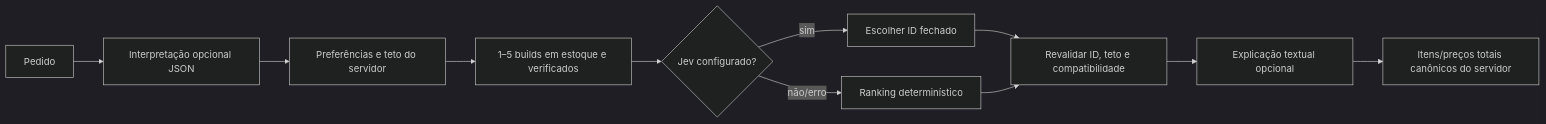
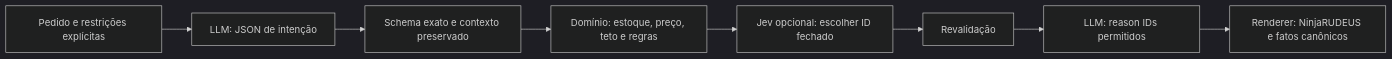
Before and after one commit to dougdotcon/setup-ninja-lab-chatbot: the diagram in docs/PROVIDERS.md, drawn with Mermaid (dark theme). The commit also changed other lines of this file and 4 other files, not shown here.

````diff
--- a/docs/PROVIDERS.md
+++ b/docs/PROVIDERS.md
@@ -27,13 +26,10 @@
 ```mermaid
 flowchart LR
-  Request[Pedido] --> Interpret[Interpretação opcional JSON]
-  Interpret --> Guard[Preferências e teto do servidor]
-  Guard --> Candidates[1–5 builds em estoque e verificados]
-  Candidates --> Jev{Jev configurado?}
-  Jev -->|sim| ClosedChoice[Escolher ID fechado]
-  Jev -->|não/erro| Rank[Ranking determinístico]
-  ClosedChoice --> Recheck[Revalidar ID, teto e compatibilidade]
-  Rank --> Recheck
-  Recheck --> Explain[Explicação textual opcional]
-  Explain --> Facts[Itens/preços totais canônicos do servidor]
+  Request[Pedido e restrições explícitas] --> Intent[LLM: JSON de intenção]
+  Intent --> Validate[Schema exato e contexto preservado]
+  Validate --> Domain[Domínio: estoque, preço, teto e regras]
+  Domain --> Choice[Jev opcional: escolher ID fechado]
+  Choice --> Recheck[Revalidação]
+  Recheck --> Plan[LLM: reason IDs permitidos]
+  Plan --> Render[Renderer: NinjaRUDEUS e fatos canônicos]
 ```
````
